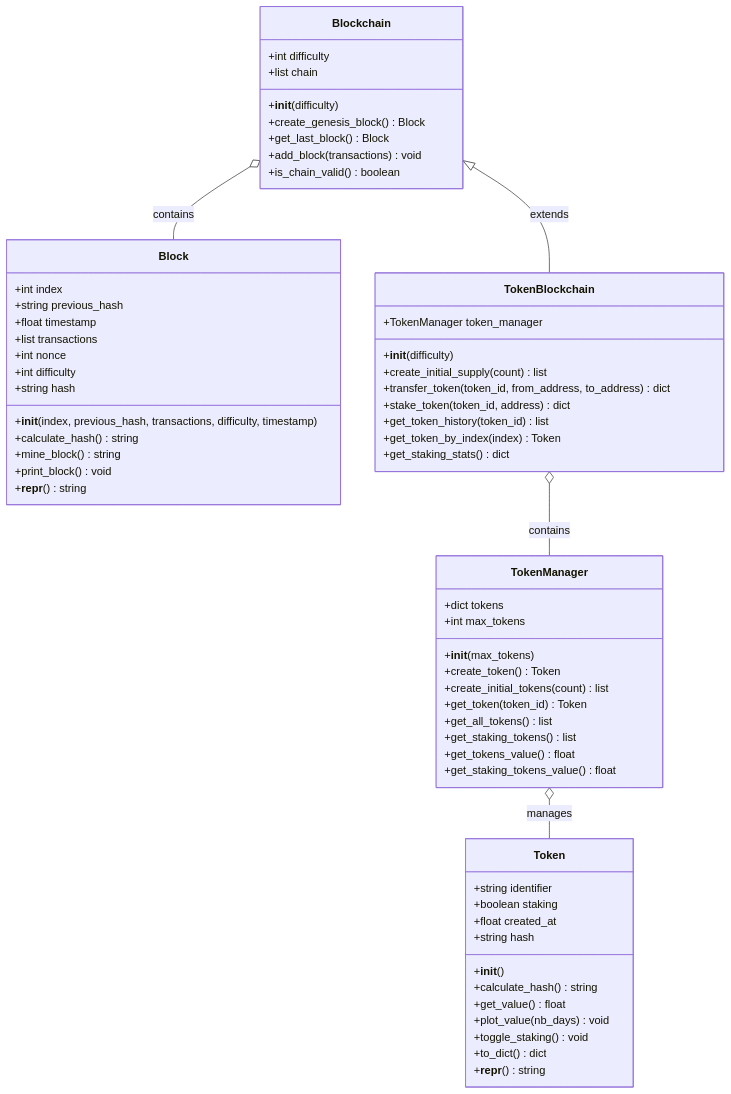
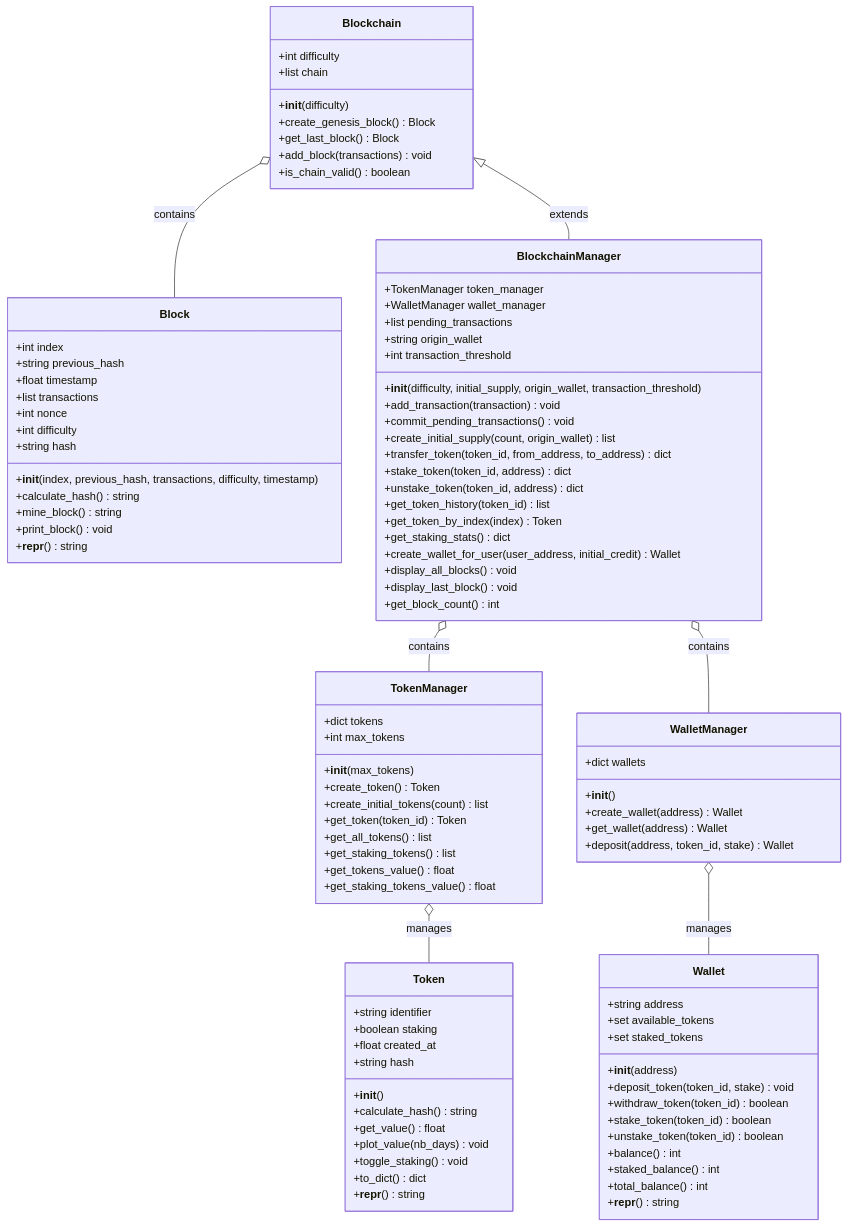
The diagram in images/design_pattern.mermaid (MathisAulagnier/blockchain_python), drawn with Mermaid before and after one commit. The commit also changed 1 other file, not shown here.

Commit message:
ajout wallet dans diagramme de classe

```diff
--- a/images/design_pattern.mermaid
+++ b/images/design_pattern.mermaid
@@ -1,68 +1,104 @@
 classDiagram
     class Block {
         +int index
         +string previous_hash
         +float timestamp
         +list transactions
         +int nonce
         +int difficulty
         +string hash
         +__init__(index, previous_hash, transactions, difficulty, timestamp)
         +calculate_hash() string
         +mine_block() string
         +print_block() void
         +__repr__() string
     }
-    
+
     class Blockchain {
         +int difficulty
         +list chain
         +__init__(difficulty)
         +create_genesis_block() Block
         +get_last_block() Block
         +add_block(transactions) void
         +is_chain_valid() boolean
     }
-    
+
     class Token {
         +string identifier
         +boolean staking
         +float created_at
         +string hash
         +__init__()
         +calculate_hash() string
         +get_value() float
         +plot_value(nb_days) void
         +toggle_staking() void
         +to_dict() dict
         +__repr__() string
     }
-    
+
     class TokenManager {
         +dict tokens
         +int max_tokens
         +__init__(max_tokens)
         +create_token() Token
         +create_initial_tokens(count) list
         +get_token(token_id) Token
         +get_all_tokens() list
         +get_staking_tokens() list
         +get_tokens_value() float
         +get_staking_tokens_value() float
     }
-    
-    class TokenBlockchain {
+
+    class Wallet {
+        +string address
+        +set available_tokens
+        +set staked_tokens
+        +__init__(address)
+        +deposit_token(token_id, stake) void
+        +withdraw_token(token_id) boolean
+        +stake_token(token_id) boolean
+        +unstake_token(token_id) boolean
+        +balance() int
+        +staked_balance() int
+        +total_balance() int
+        +__repr__() string
+    }
+
+    class WalletManager {
+        +dict wallets
+        +__init__()
+        +create_wallet(address) Wallet
+        +get_wallet(address) Wallet
+        +deposit(address, token_id, stake) Wallet
+    }
+
+    class BlockchainManager {
         +TokenManager token_manager
-        +__init__(difficulty)
-        +create_initial_supply(count) list
+        +WalletManager wallet_manager
+        +list pending_transactions
+        +string origin_wallet
+        +int transaction_threshold
+        +__init__(difficulty, initial_supply, origin_wallet, transaction_threshold)
+        +add_transaction(transaction) void
+        +commit_pending_transactions() void
+        +create_initial_supply(count, origin_wallet) list
         +transfer_token(token_id, from_address, to_address) dict
         +stake_token(token_id, address) dict
+        +unstake_token(token_id, address) dict
         +get_token_history(token_id) list
         +get_token_by_index(index) Token
         +get_staking_stats() dict
+        +create_wallet_for_user(user_address, initial_credit) Wallet
+        +display_all_blocks() void
+        +display_last_block() void
+        +get_block_count() int
     }
-    
-    Blockchain <|-- TokenBlockchain : extends
-    TokenBlockchain o-- TokenManager : contains
+
+    Blockchain <|-- BlockchainManager : extends
+    BlockchainManager o-- TokenManager : contains
+    BlockchainManager o-- WalletManager : contains
     TokenManager o-- Token : manages
+    WalletManager o-- Wallet : manages
     Blockchain o-- Block : contains
```
